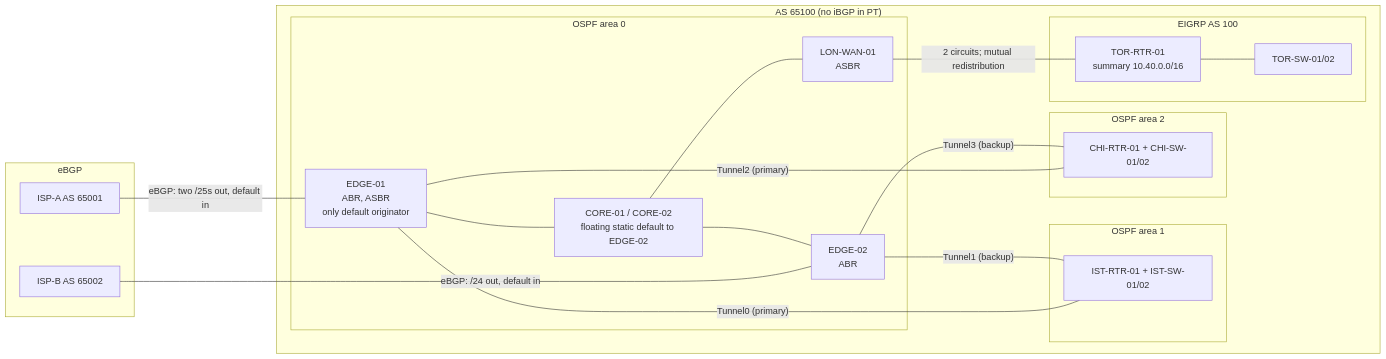
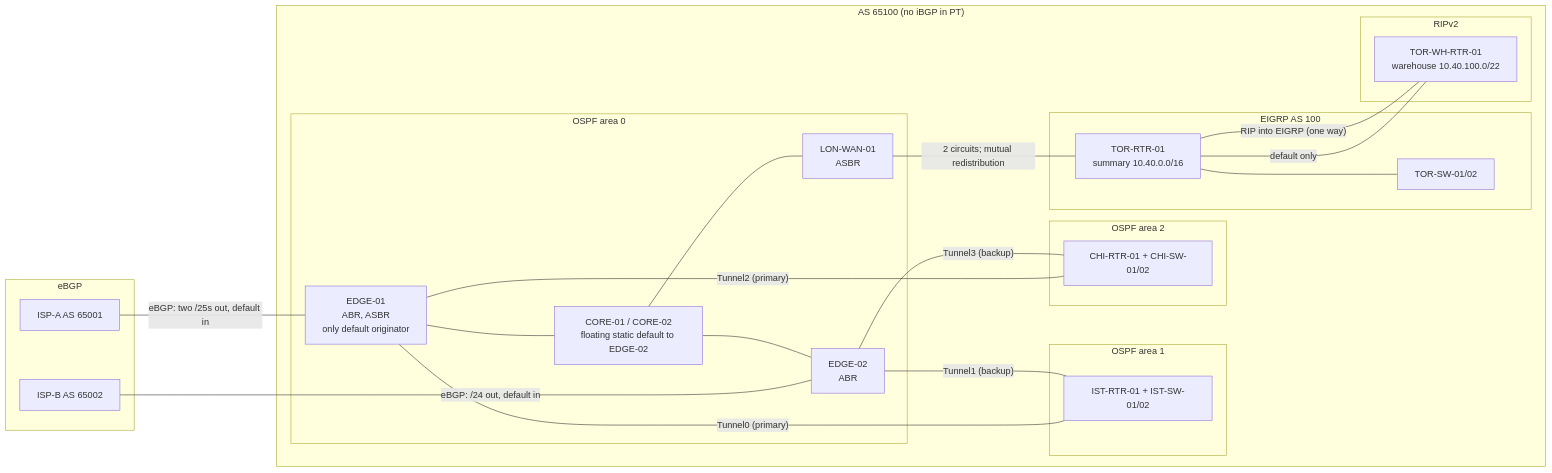
Before and after one commit to atahan99/bosphorus-enterprise-net: the fourth of 9 diagrams in diagrams/README.md, drawn with Mermaid. The commit also changed other lines of this file and 55 other files, not shown here.

First line of the commit message:
Phases 11-12: RIPv2 Toronto warehouse and CCTV zone (VLAN 90)

````diff
--- a/diagrams/README.md
+++ b/diagrams/README.md
@@ -72,35 +75,40 @@
 ```mermaid
 flowchart LR
   subgraph BGP["eBGP"]
     ISPA["ISP-A AS 65001"]
     ISPB["ISP-B AS 65002"]
   end
   subgraph AS["AS 65100 (no iBGP in PT)"]
     subgraph A0["OSPF area 0"]
       E1["EDGE-01<br/>ABR, ASBR<br/>only default originator"]
       E2["EDGE-02<br/>ABR"]
       CORE["CORE-01 / CORE-02<br/>floating static default to EDGE-02"]
       WAN["LON-WAN-01<br/>ASBR"]
     end
     subgraph A1["OSPF area 1"]
       IST["IST-RTR-01 + IST-SW-01/02"]
     end
     subgraph A2["OSPF area 2"]
       CHI["CHI-RTR-01 + CHI-SW-01/02"]
     end
     subgraph EIGRP["EIGRP AS 100"]
       TOR["TOR-RTR-01<br/>summary 10.40.0.0/16"]
       TORC["TOR-SW-01/02"]
       TOR --- TORC
     end
+    subgraph RIP["RIPv2"]
+      WH["TOR-WH-RTR-01<br/>warehouse 10.40.100.0/22"]
+    end
+    WH -- "RIP into EIGRP (one way)" --- TOR
+    TOR -- "default only" --- WH
   end
   ISPA -- "eBGP: two /25s out, default in" --- E1
   ISPB -- "eBGP: /24 out, default in" --- E2
   E1 --- CORE --- E2
   CORE --- WAN
   E1 -- "Tunnel0 (primary)" --- IST
   E2 -- "Tunnel1 (backup)" --- IST
   E1 -- "Tunnel2 (primary)" --- CHI
   E2 -- "Tunnel3 (backup)" --- CHI
   WAN -- "2 circuits; mutual redistribution" --- TOR
 ```
````
